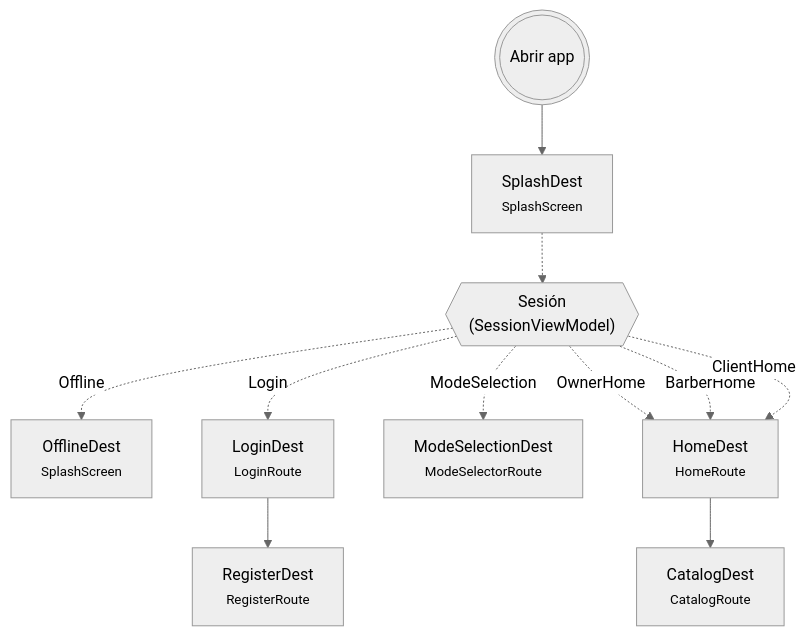
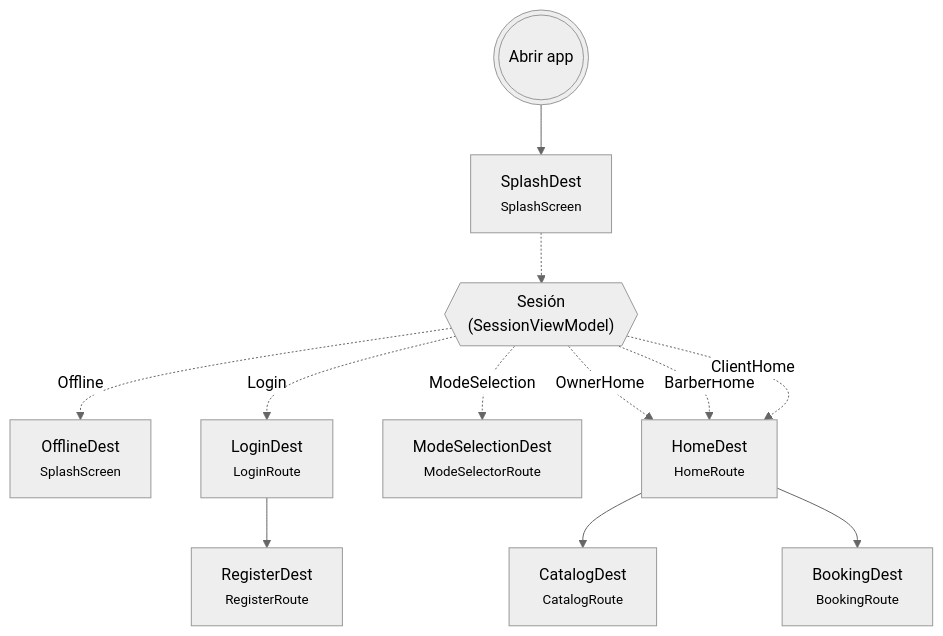
One commit to carlospliskin/Barber-aApp changed the second of 2 diagrams in docs/APP_MAP.md. Above: the diagram before and after it, drawn with Mermaid (neutral theme). The commit also changed other lines of this file and 39 other files, not shown here.

````diff
--- a/docs/APP_MAP.md
+++ b/docs/APP_MAP.md
@@ -84,21 +92,23 @@
 ```mermaid
 graph TD
   START(((Abrir app))) --> SplashDest
   SESSION{{"Sesión<br/>(SessionViewModel)"}}
   SplashDest["SplashDest<br/><small>SplashScreen</small>"]
   OfflineDest["OfflineDest<br/><small>SplashScreen</small>"]
   LoginDest["LoginDest<br/><small>LoginRoute</small>"]
   RegisterDest["RegisterDest<br/><small>RegisterRoute</small>"]
   ModeSelectionDest["ModeSelectionDest<br/><small>ModeSelectorRoute</small>"]
   HomeDest["HomeDest<br/><small>HomeRoute</small>"]
+  BookingDest["BookingDest<br/><small>BookingRoute</small>"]
   CatalogDest["CatalogDest<br/><small>CatalogRoute</small>"]
   SplashDest -.-> SESSION
   SESSION -. Login .-> LoginDest
   SESSION -. ModeSelection .-> ModeSelectionDest
   SESSION -. OwnerHome .-> HomeDest
   SESSION -. BarberHome .-> HomeDest
   SESSION -. ClientHome .-> HomeDest
   SESSION -. Offline .-> OfflineDest
   LoginDest --> RegisterDest
   HomeDest --> CatalogDest
+  HomeDest --> BookingDest
 ```
````
